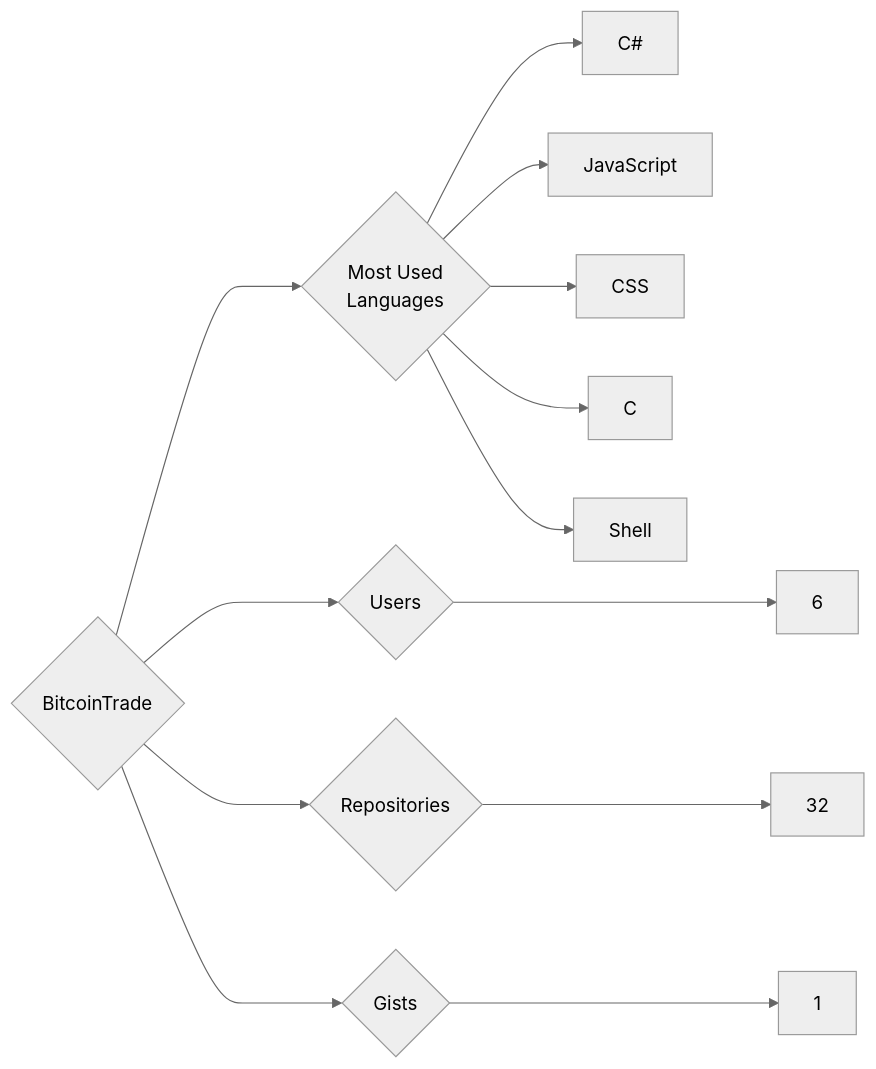
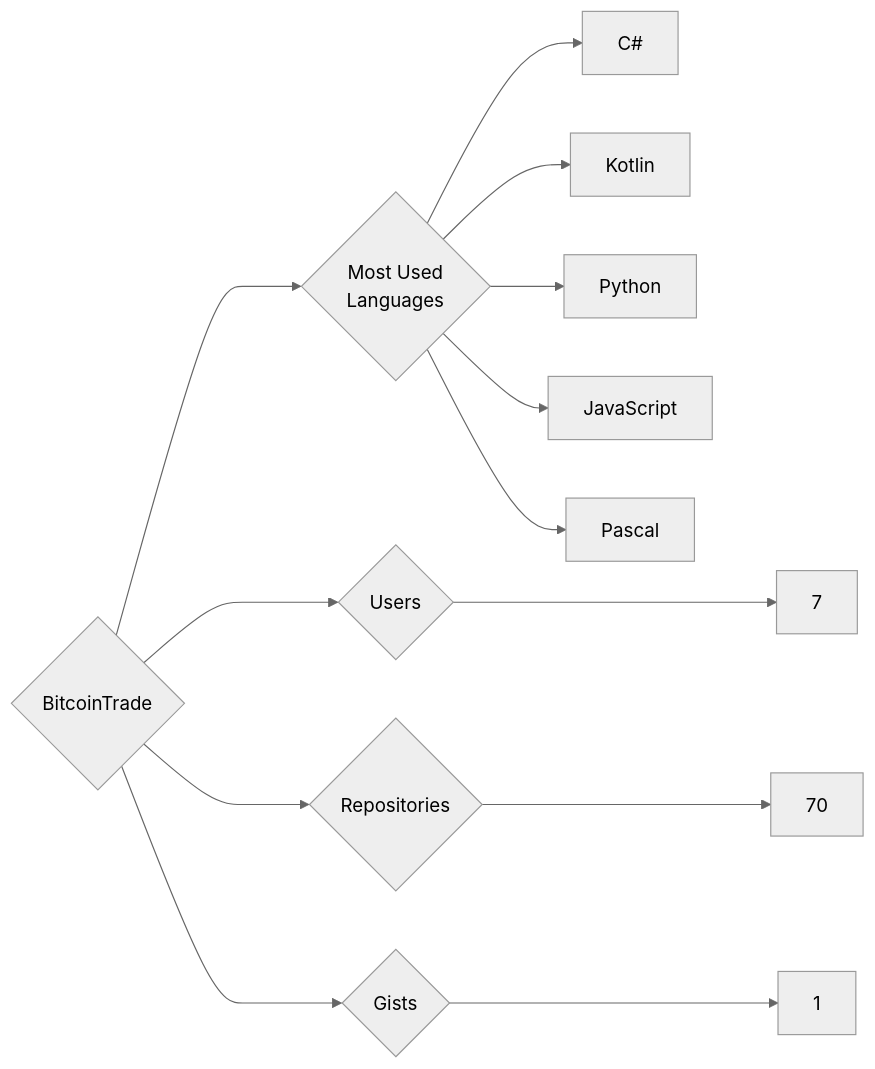
The diagram in targets/BitcoinTrade/README.md (trickest/insiders), drawn with Mermaid (neutral theme) before and after one commit. The commit also changed 1003 other files, not shown here.

````diff
--- a/targets/BitcoinTrade/README.md
+++ b/targets/BitcoinTrade/README.md
@@ -3,13 +3,13 @@
 ```mermaid
 graph LR
 COMPANY_NAME{BitcoinTrade}
-COMPANY_NAME ---> U{Users} ---> UN[6]
-COMPANY_NAME ---> R{Repositories} ---> RN[32]
+COMPANY_NAME ---> U{Users} ---> UN[7]
+COMPANY_NAME ---> R{Repositories} ---> RN[70]
 COMPANY_NAME ---> G{Gists} ---> GN[1]
 COMPANY_NAME ---> ML{Most Used<br>Languages}
 ML --> C#[C#]
+ML --> Kotlin[Kotlin]
+ML --> Python[Python]
 ML --> JavaScript[JavaScript]
-ML --> CSS[CSS]
-ML --> C[C]
-ML --> Shell[Shell]
+ML --> Pascal[Pascal]
 ```
````
